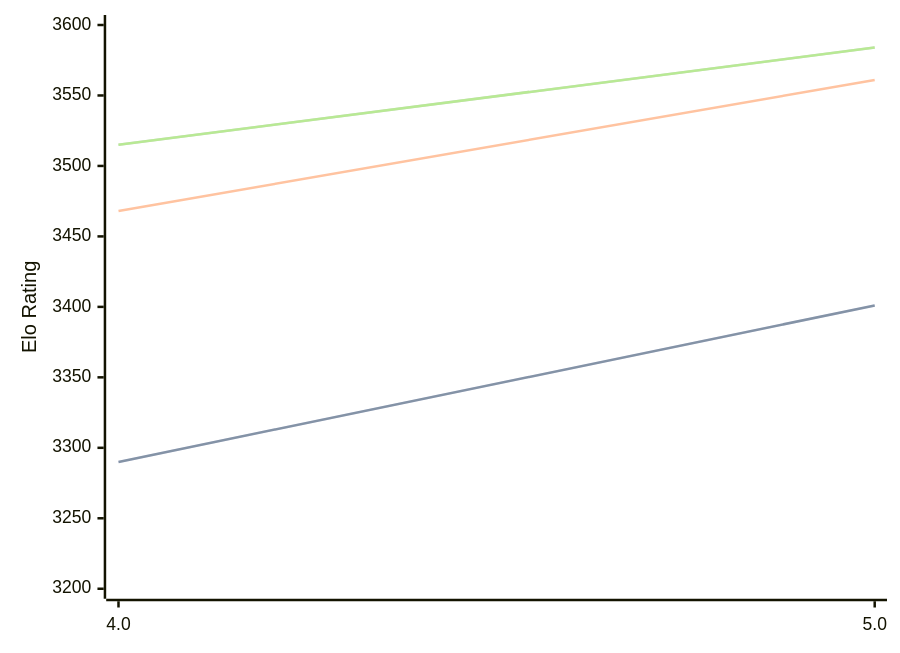
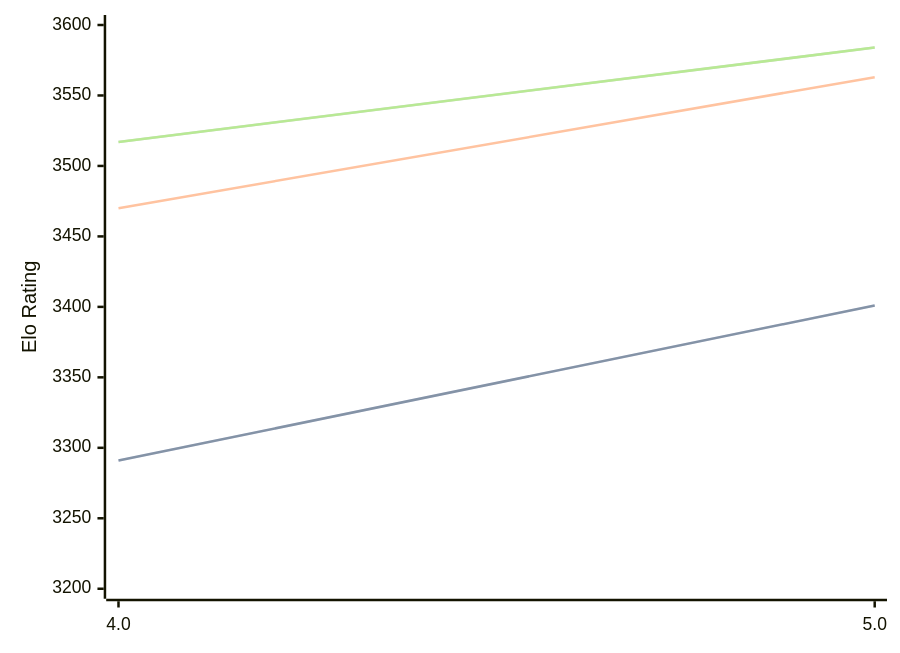
One commit to computer-chess-index/cci changed the diagram in engines/Tarnished.md. Above: the diagram before and after it, drawn with Mermaid. The commit also changed other lines of this file, not shown here.

Commit message:
Update CCI Ratings (ELO VLTC) - 2026-04-25

````diff
--- a/engines/Tarnished.md
+++ b/engines/Tarnished.md
@@ -36,11 +36,11 @@
 ```mermaid
 %%{init: {"theme":"base","themeVariables":{"seriesColors:['#a3a3a3','#222221','#faa371']}}}%%
 xychart-beta
   x-axis ["4.0", "5.0"]
   y-axis "Elo Rating" 3200 --> 3600
-  line "STC (8.0+0.08s)" [3290, 3401]
-  line "STC (8.0+0.08s)" [3290, 3401]
-  line "LTC (60.0+0.60s)" [3468, 3561]
-  line "VLTC (2m24s+1.12s)" [3515, 3584]
-  line "VLTC (2m24s+1.12s)" [3515, 3584]
+  line "STC (8.0+0.08s)" [3291, 3401]
+  line "STC (8.0+0.08s)" [3291, 3401]
+  line "LTC (60.0+0.60s)" [3470, 3563]
+  line "VLTC (2m24s+1.12s)" [3517, 3584]
+  line "VLTC (2m24s+1.12s)" [3517, 3584]
 ```
````
